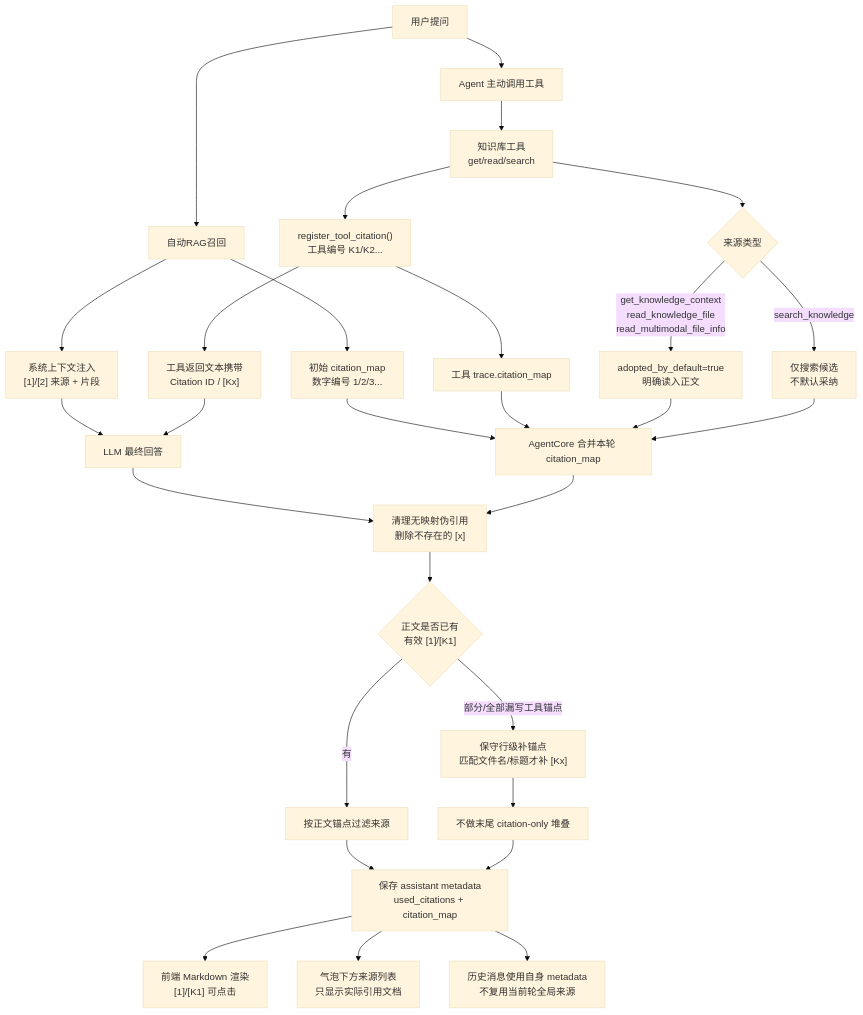
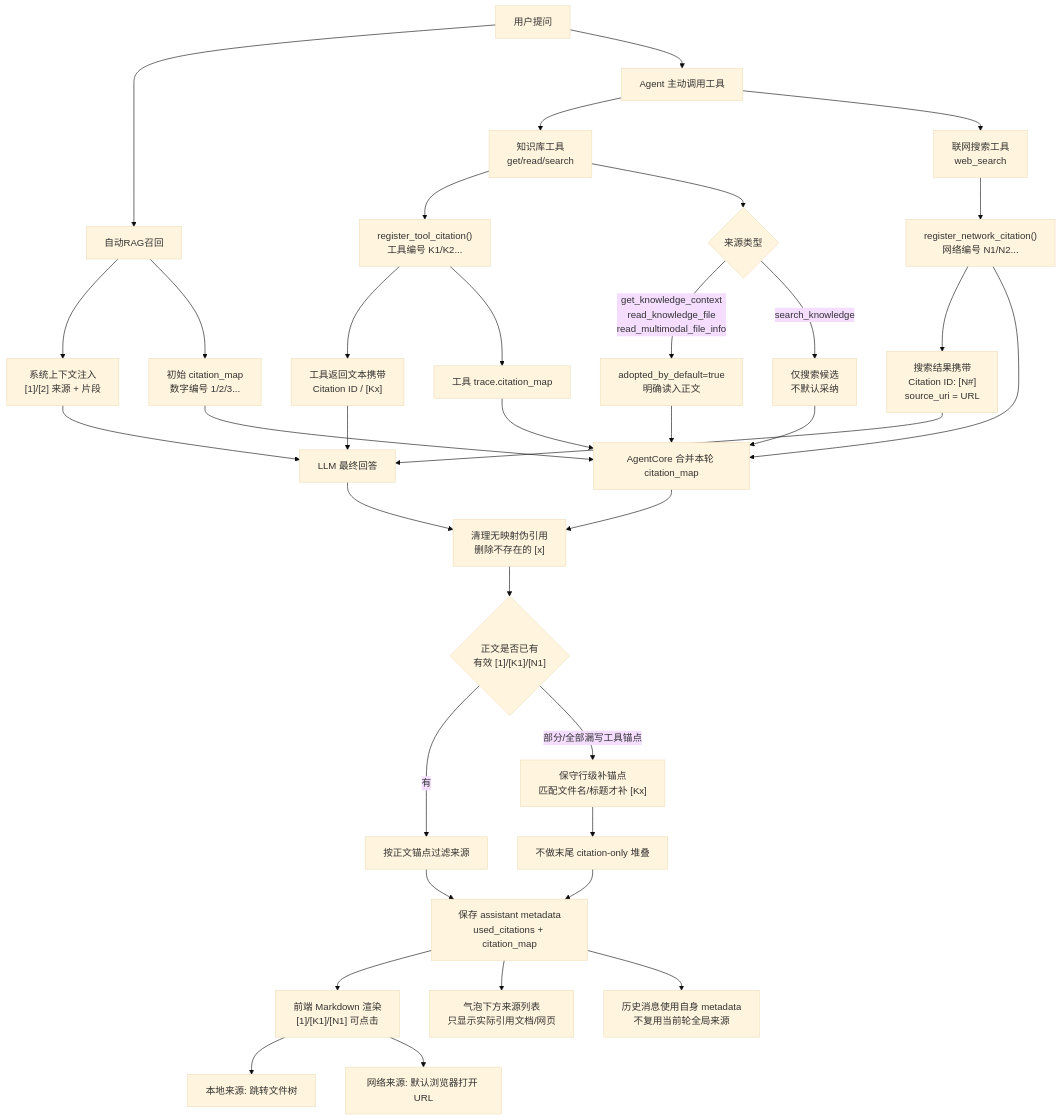
One commit to xiao-Huahuo/Agent-Core-Service changed diagram 19 of 19 in README.md. Above: the diagram before and after it, drawn with Mermaid (base theme). The commit also changed other lines of this file and 7 other files, not shown here.

````diff
--- a/README.md
+++ b/README.md
@@ -778,34 +782,42 @@
 ```mermaid
 flowchart TD
     A["用户提问"] --> B["自动RAG召回"]
     B --> C["系统上下文注入<br/>[1]/[2] 来源 + 片段"]
     B --> D["初始 citation_map<br/>数字编号 1/2/3..."]
 
     A --> E["Agent 主动调用工具"]
     E --> F["知识库工具<br/>get/read/search"]
     F --> G["register_tool_citation()<br/>工具编号 K1/K2..."]
     G --> H["工具返回文本携带<br/>Citation ID / [Kx]"]
     G --> I["工具 trace.citation_map"]
     F --> Q{"来源类型"}
     Q -->|"get_knowledge_context<br/>read_knowledge_file<br/>read_multimodal_file_info"| R["adopted_by_default=true<br/>明确读入正文"]
     Q -->|"search_knowledge"| S["仅搜索候选<br/>不默认采纳"]
 
+    E --> X["联网搜索工具<br/>web_search"]
+    X --> Y["register_network_citation()<br/>网络编号 N1/N2..."]
+    Y --> Z["搜索结果携带<br/>Citation ID: [N#]<br/>source_uri = URL"]
+
     D --> J["AgentCore 合并本轮 citation_map"]
     I --> J
     R --> J
     S --> J
+    Y --> J
     C --> K["LLM 最终回答"]
     H --> K
+    Z --> K
 
     K --> L["清理无映射伪引用<br/>删除不存在的 [x]"]
     J --> L
-    L --> M{"正文是否已有<br/>有效 [1]/[K1]"}
+    L --> M{"正文是否已有<br/>有效 [1]/[K1]/[N1]"}
     M -->|"有"| N["按正文锚点过滤来源"]
     M -->|"部分/全部漏写工具锚点"| O["保守行级补锚点<br/>匹配文件名/标题才补 [Kx]"]
     O --> P["不做末尾 citation-only 堆叠"]
     N --> T["保存 assistant metadata<br/>used_citations + citation_map"]
     P --> T
-    T --> U["前端 Markdown 渲染<br/>[1]/[K1] 可点击"]
-    T --> V["气泡下方来源列表<br/>只显示实际引用文档"]
+    T --> U["前端 Markdown 渲染<br/>[1]/[K1]/[N1] 可点击"]
+    U --> U1["本地来源: 跳转文件树"]
+    U --> U2["网络来源: 默认浏览器打开 URL"]
+    T --> V["气泡下方来源列表<br/>只显示实际引用文档/网页"]
     T --> W["历史消息使用自身 metadata<br/>不复用当前轮全局来源"]
 ```
````
